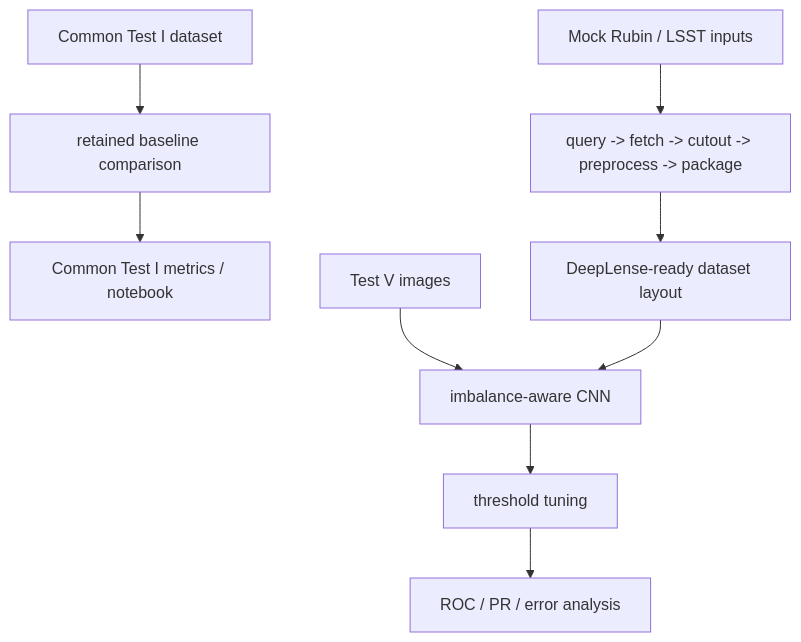
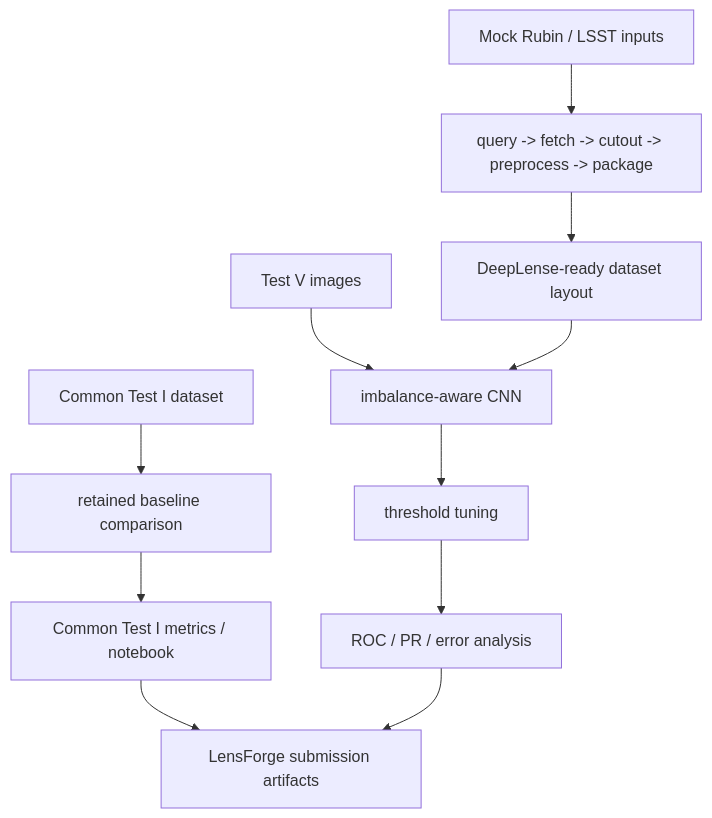
One commit to Atharva12081/LensForge changed the diagram in README.md. Above: the diagram before and after it, drawn with Mermaid.

Commit message:
Refine README flowchart structure

````diff
--- a/README.md
+++ b/README.md
@@ -146,11 +146,13 @@
 ```mermaid
 flowchart TD
     A["Common Test I dataset"] --> B["retained baseline comparison"]
     B --> J["Common Test I metrics / notebook"]
     C["Test V images"] --> D["imbalance-aware CNN"]
     D --> E["threshold tuning"]
     E --> F["ROC / PR / error analysis"]
     G["Mock Rubin / LSST inputs"] --> H["query -> fetch -> cutout -> preprocess -> package"]
     H --> I["DeepLense-ready dataset layout"]
     I --> D
+    J --> K["LensForge submission artifacts"]
+    F --> K
 ```
````
